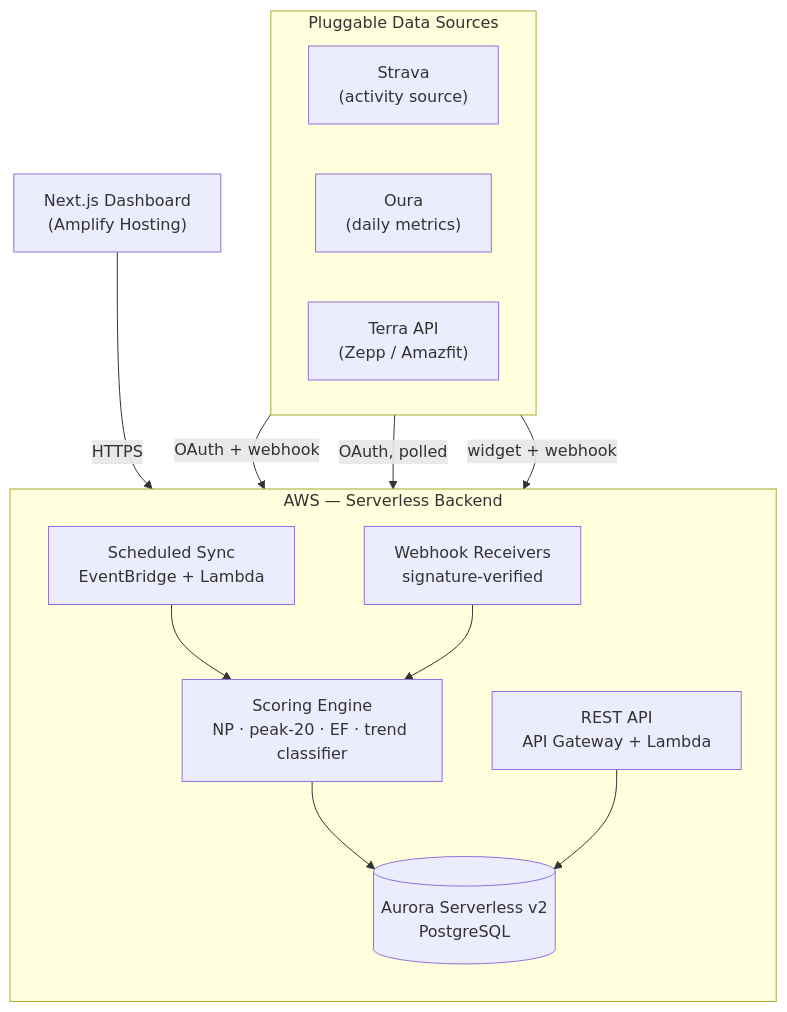
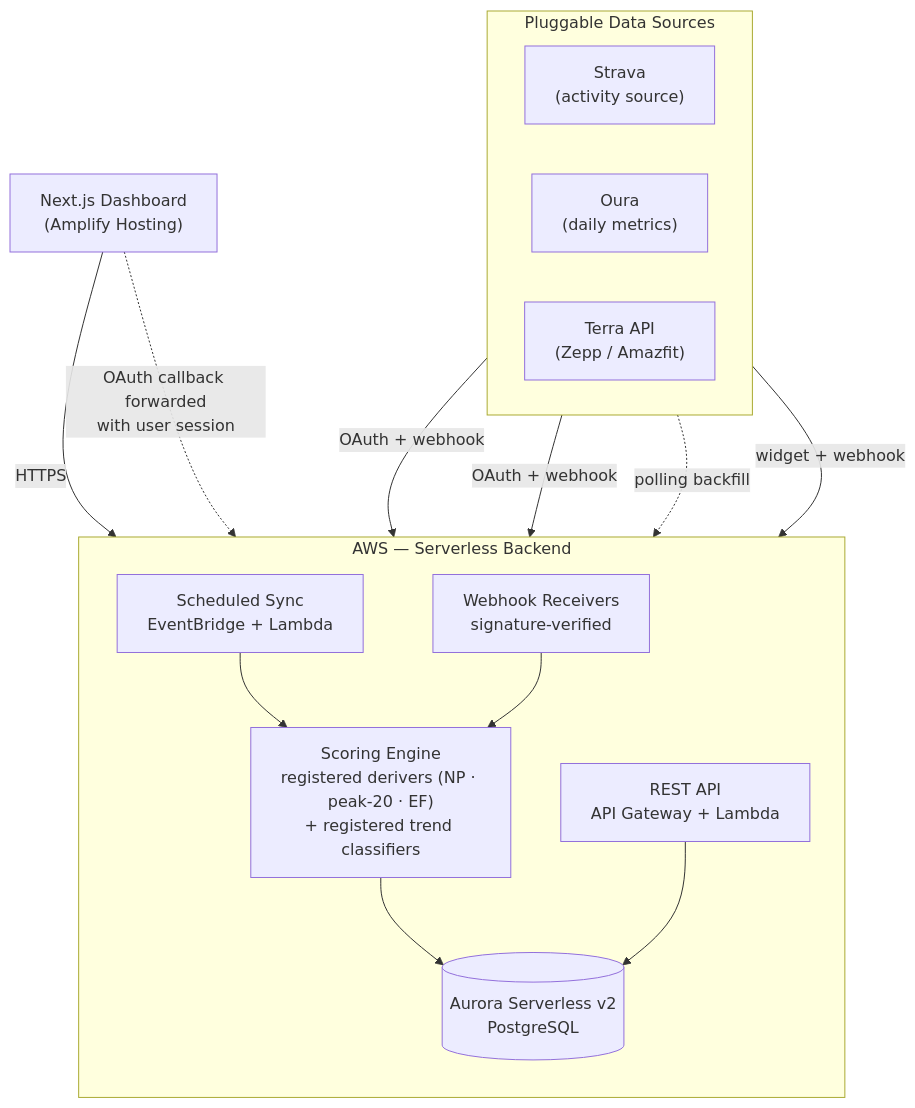
The diagram in README.md (quinnFelton/Readiness-Dashboard), drawn with Mermaid before and after one commit. The commit also changed other lines of this file, not shown here.

````diff
--- a/README.md
+++ b/README.md
@@ -36,29 +39,31 @@
 ```mermaid
 flowchart TB
     subgraph Sources["Pluggable Data Sources"]
         direction LR
         Strava["Strava\n(activity source)"]
         Oura["Oura\n(daily metrics)"]
         Terra["Terra API\n(Zepp / Amazfit)"]
     end
 
     subgraph Backend["AWS — Serverless Backend"]
         direction TB
         API["REST API\nAPI Gateway + Lambda"]
         Sync["Scheduled Sync\nEventBridge + Lambda"]
         Webhook["Webhook Receivers\nsignature-verified"]
-        Engine["Scoring Engine\nNP · peak-20 · EF · trend classifier"]
+        Engine["Scoring Engine\nregistered derivers (NP · peak-20 · EF)\n+ registered trend classifiers"]
         DB[("Aurora Serverless v2\nPostgreSQL")]
     end
 
     Web["Next.js Dashboard\n(Amplify Hosting)"]
 
     Strava -->|OAuth + webhook| Webhook
-    Oura -->|OAuth, polled| Sync
+    Oura -->|OAuth + webhook| Webhook
+    Oura -.->|polling backfill| Sync
     Terra -->|widget + webhook| Webhook
     Sync --> Engine
     Webhook --> Engine
     Engine --> DB
     API --> DB
     Web -->|HTTPS| API
+    Web -.->|OAuth callback forwarded\nwith user session| API
 ```
````
